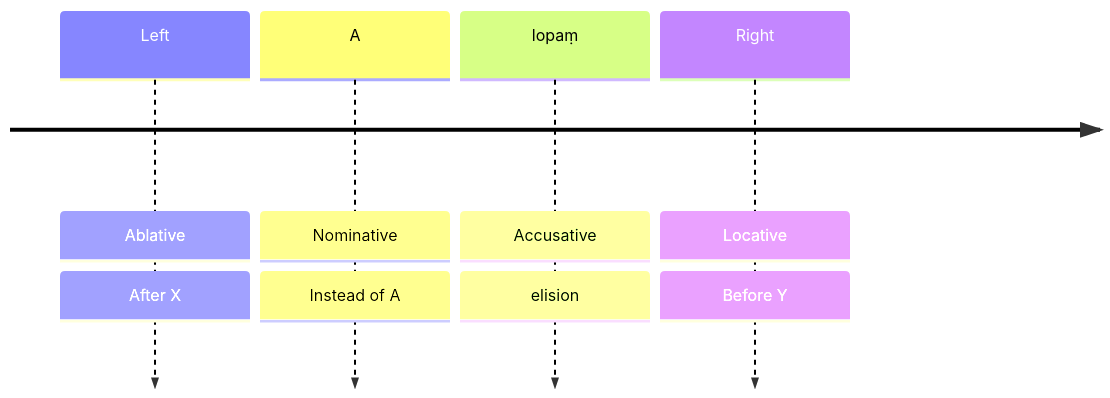
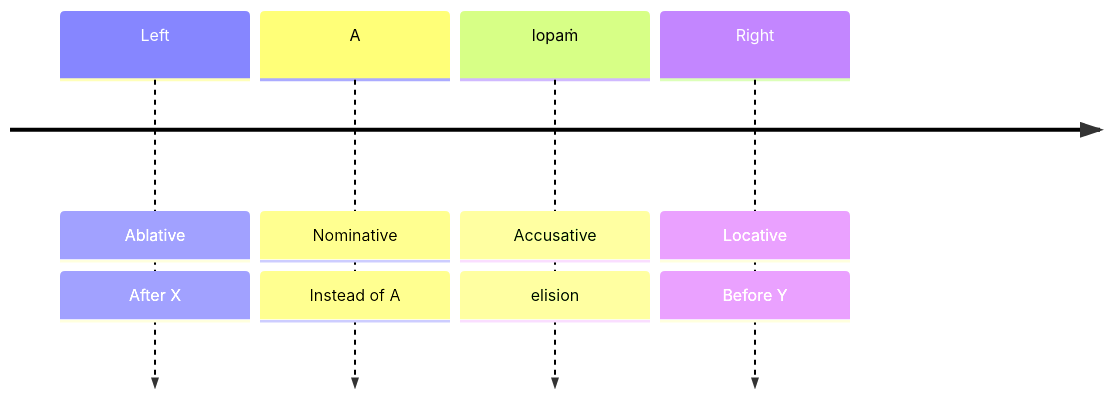
Before and after one commit to ChristineTham/buddhavacana: the eighth of 11 diagrams in src/content/docs/Pali Textbook/m-kaccayana.md, drawn with Mermaid. The commit also changed other lines of this file and 22 other files, not shown here.

````diff
--- a/src/content/docs/Pali Textbook/m-kaccayana.md
+++ b/src/content/docs/Pali Textbook/m-kaccayana.md
@@ -223,11 +223,11 @@
 ```mermaid
 timeline
   Left : Ablative
     : After X
   A : Nominative
     : Instead of A
-  lopaṃ: Accusative
+  lopaṁ: Accusative
     : elision
   Right : Locative
     : Before Y
 ```
````
